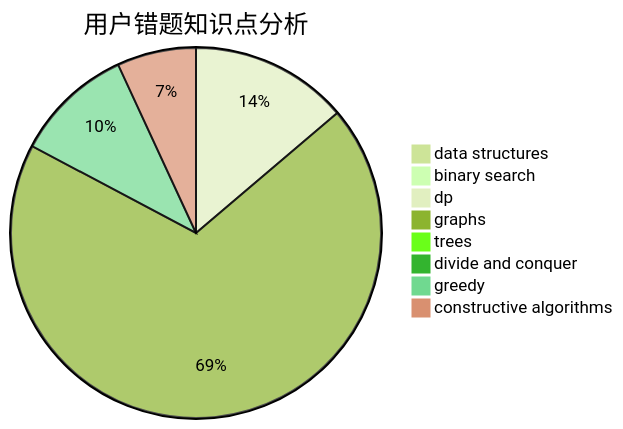
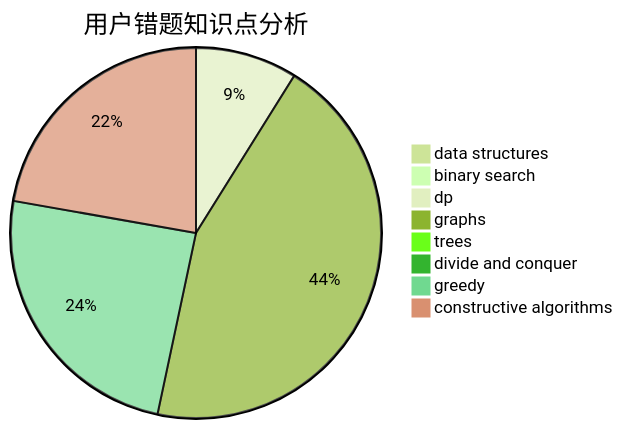
One commit to sherpahu/cfrs.github.io changed the third of 3 diagrams in docs/user/u1115.md. Above: the diagram before and after it, drawn with Mermaid (forest theme). The commit also changed other lines of this file and 2770 other files, not shown here.

````diff
--- a/docs/user/u1115.md
+++ b/docs/user/u1115.md
@@ -36,11 +36,11 @@
 ```mermaid
 pie title 用户错题知识点分析
     "data structures" :  0
     "binary search" :  0
     "dp" :  4
     "graphs" :  20
     "trees" :  0
     "divide and conquer" :  0
-    "greedy" :  3
-    "constructive algorithms" :  2
+    "greedy" :  11
+    "constructive algorithms" :  10
 ```
````
